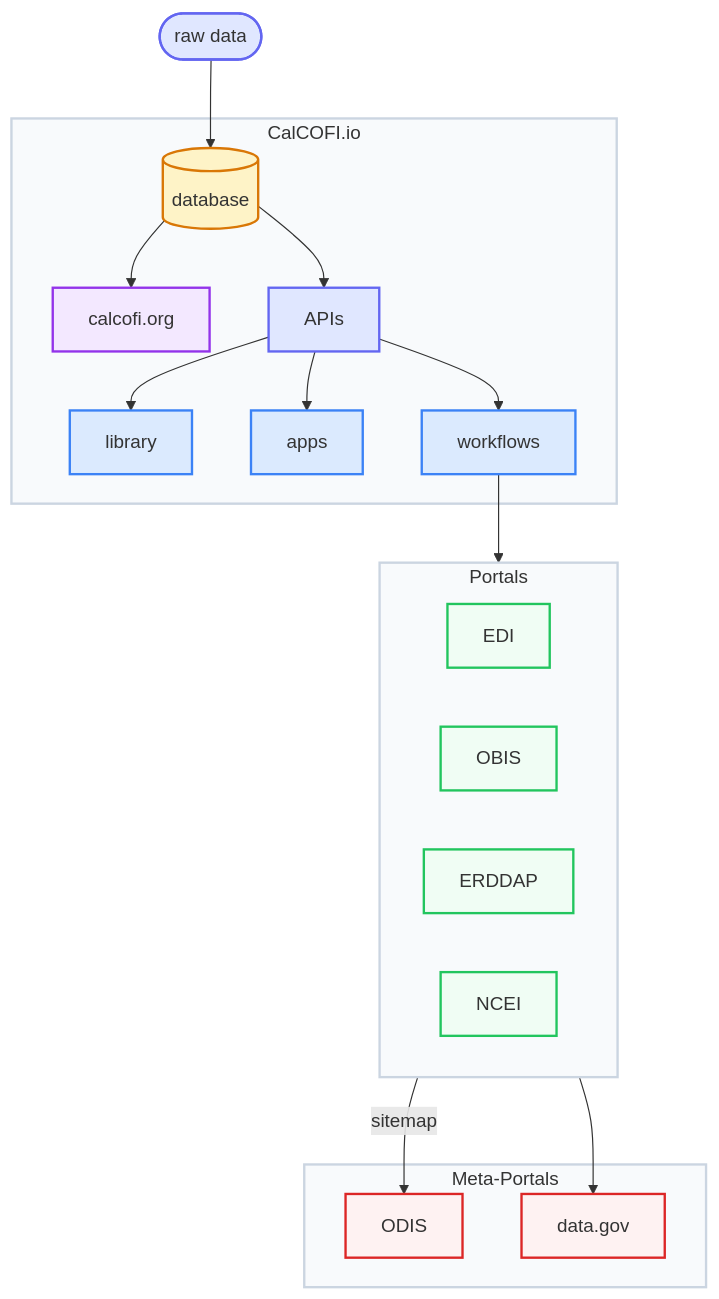
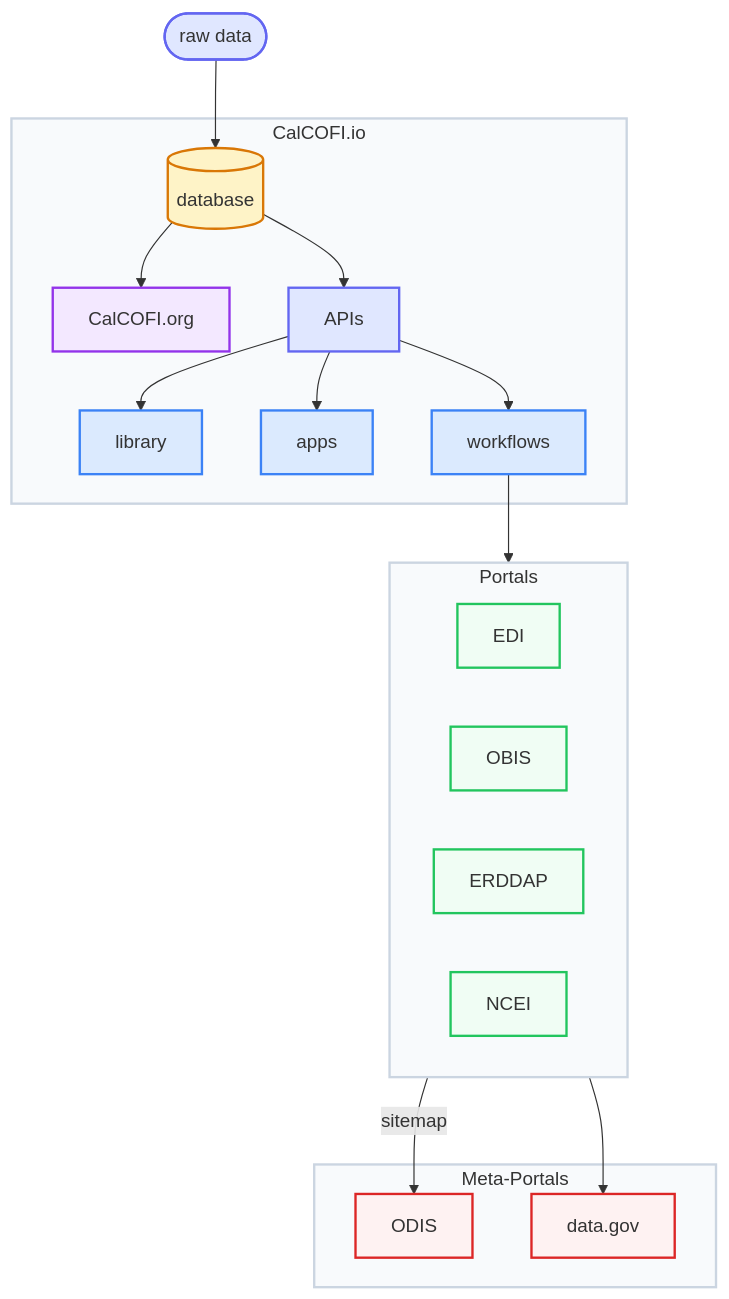
Before and after one commit to CalCOFI/docs: the diagram in diagrams/portals_flow.mmd, drawn with Mermaid. The commit also changed 3 other files, not shown here.

```diff
--- a/diagrams/portals_flow.mmd
+++ b/diagrams/portals_flow.mmd
@@ -1,49 +1,49 @@
 graph TD
   %% nodes with styles
   raw([raw data]):::source
 
   subgraph calcofi[CalCOFI.io]
     db[(database)]:::database
-    web[calcofi.org]:::website
+    web[CalCOFI.org]:::website
     api[APIs]:::api
     lib[library]:::code
     app[apps]:::code
     flow[workflows]:::code
   end
 
   subgraph portals[Portals]
     edi[EDI]:::portal
     obis[OBIS]:::portal
     erddap[ERDDAP]:::portal
     ncei[NCEI]:::portal
   end
 
   subgraph meta[Meta-Portals]
     odis[ODIS]:::metaportal
     datagov[data.gov]:::metaportal
   end
 
   %% edges
   raw --> db
   db  --> api
   db  --> web
   api --> lib
   api --> app
   api --> flow
   flow  --> portals
   portals -->|sitemap| odis
   portals --> datagov
 
   %% Custom styles
-  classDef source fill:#E0E7FF,stroke:#6366F1,stroke-width:2px
-  classDef database fill:#FEF3C7,stroke:#D97706,stroke-width:2px
-  classDef website fill:#F3E8FF,stroke:#9333EA,stroke-width:2px
-  classDef api fill:#E0E7FF,stroke:#6366F1,stroke-width:2px
-  classDef code fill:#DBEAFE,stroke:#3B82F6,stroke-width:2px
-  classDef portal fill:#F0FDF4,stroke:#22C55E,stroke-width:2px
+  classDef source     fill:#E0E7FF,stroke:#6366F1,stroke-width:2px
+  classDef database   fill:#FEF3C7,stroke:#D97706,stroke-width:2px
+  classDef website    fill:#F3E8FF,stroke:#9333EA,stroke-width:2px
+  classDef api        fill:#E0E7FF,stroke:#6366F1,stroke-width:2px
+  classDef code       fill:#DBEAFE,stroke:#3B82F6,stroke-width:2px
+  classDef portal     fill:#F0FDF4,stroke:#22C55E,stroke-width:2px
   classDef metaportal fill:#FEF2F2,stroke:#DC2626,stroke-width:2px
 
   %% Style subgraphs
   style calcofi fill:#F8FAFC,stroke:#CBD5E1,stroke-width:2px
   style portals fill:#F8FAFC,stroke:#CBD5E1,stroke-width:2px
   style meta fill:#F8FAFC,stroke:#CBD5E1,stroke-width:2px
```
